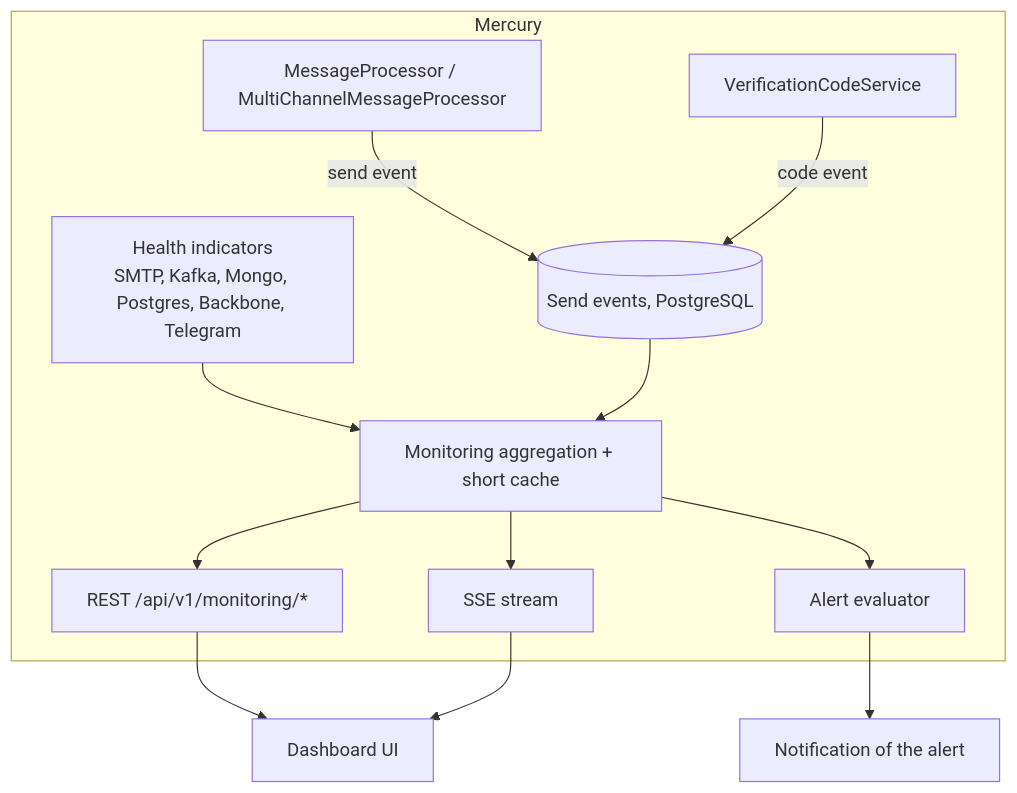
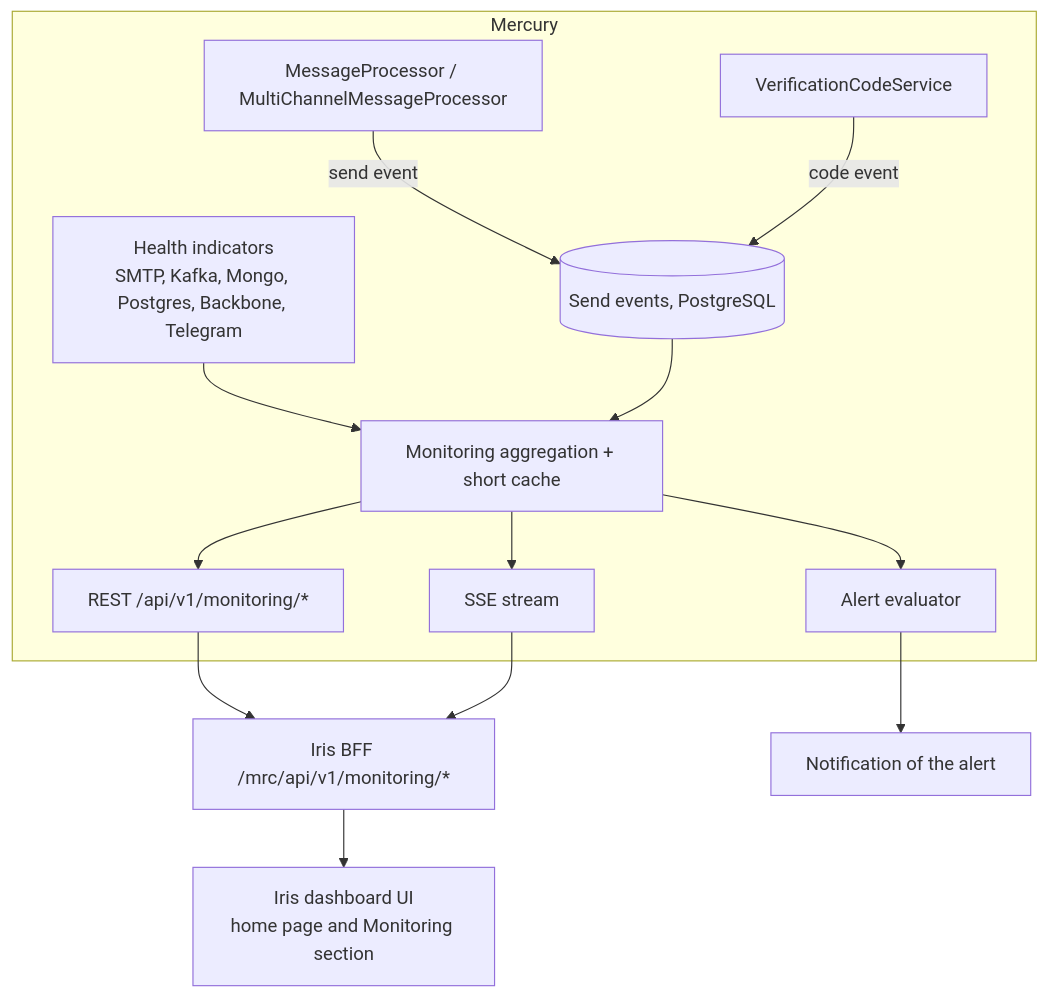
Before and after one commit to um-dev-creative/mercury: the second of 2 diagrams in docs/tec/en/23-monitoring-dashboard-requirements.md, drawn with Mermaid. The commit also changed other lines of this file and 2 other files, not shown here.

Commit message:
docs(monitoring): the dashboard is Iris; record its current state and the gaps

````diff
--- a/docs/tec/en/23-monitoring-dashboard-requirements.md
+++ b/docs/tec/en/23-monitoring-dashboard-requirements.md
@@ -76,15 +92,16 @@
 ```mermaid
 flowchart TD
     subgraph Mercury
         P[MessageProcessor / MultiChannelMessageProcessor] -->|send event| E[(Send events, PostgreSQL)]
         V[VerificationCodeService] -->|code event| E
         H[Health indicators<br/>SMTP, Kafka, Mongo, Postgres, Backbone, Telegram] --> A
         E --> A[Monitoring aggregation + short cache]
         A --> R[REST /api/v1/monitoring/*]
         A --> S[SSE stream]
         A --> AL[Alert evaluator]
     end
-    R --> D[Dashboard UI]
-    S --> D
+    R --> B[Iris BFF /mrc/api/v1/monitoring/*]
+    S --> B
+    B --> D[Iris dashboard UI<br/>home page and Monitoring section]
     AL --> N[Notification of the alert]
 ```
````
